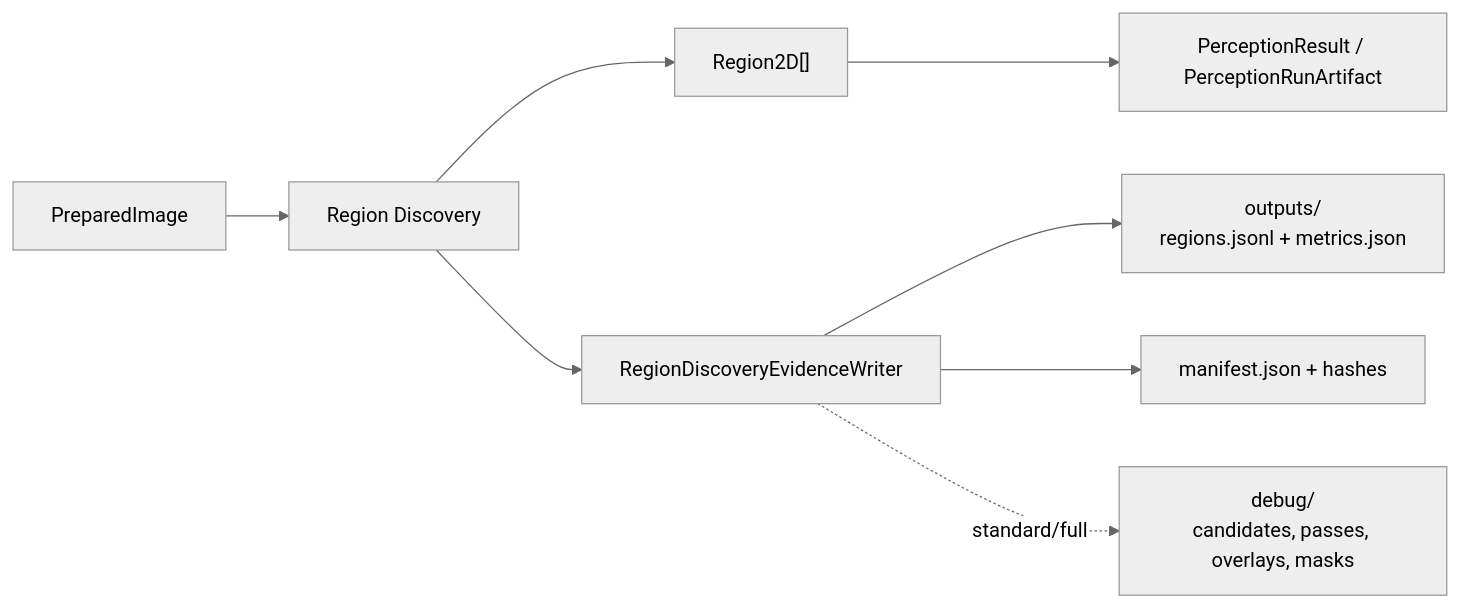
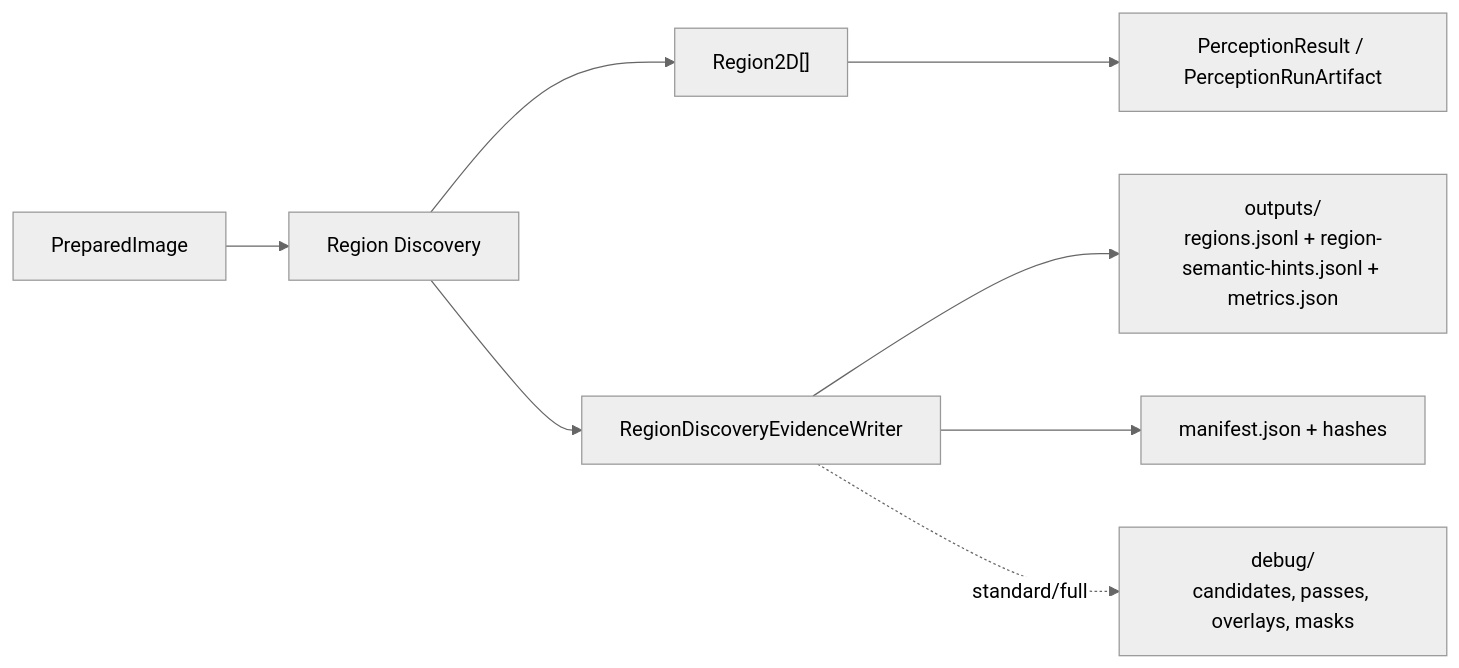
The fourth of 9 diagrams in docs/ARTIFACTS.md (Alexandre-Tortoza/contextmap2), drawn with Mermaid (neutral theme) before and after one commit. The commit also changed 15 other files, not shown here.

````diff
--- a/docs/ARTIFACTS.md
+++ b/docs/ARTIFACTS.md
@@ -413,10 +413,10 @@
 ```mermaid
 flowchart LR
     PI["PreparedImage"] --> RD["Region Discovery"]
     RD --> REG["Region2D[]"]
     REG --> PRA["PerceptionResult / PerceptionRunArtifact"]
     RD --> W["RegionDiscoveryEvidenceWriter"]
-    W --> O["outputs/<br/>regions.jsonl + metrics.json"]
+    W --> O["outputs/<br/>regions.jsonl + region-semantic-hints.jsonl + metrics.json"]
     W --> M["manifest.json + hashes"]
     W -. standard/full .-> D["debug/<br/>candidates, passes, overlays, masks"]
 ```
````
